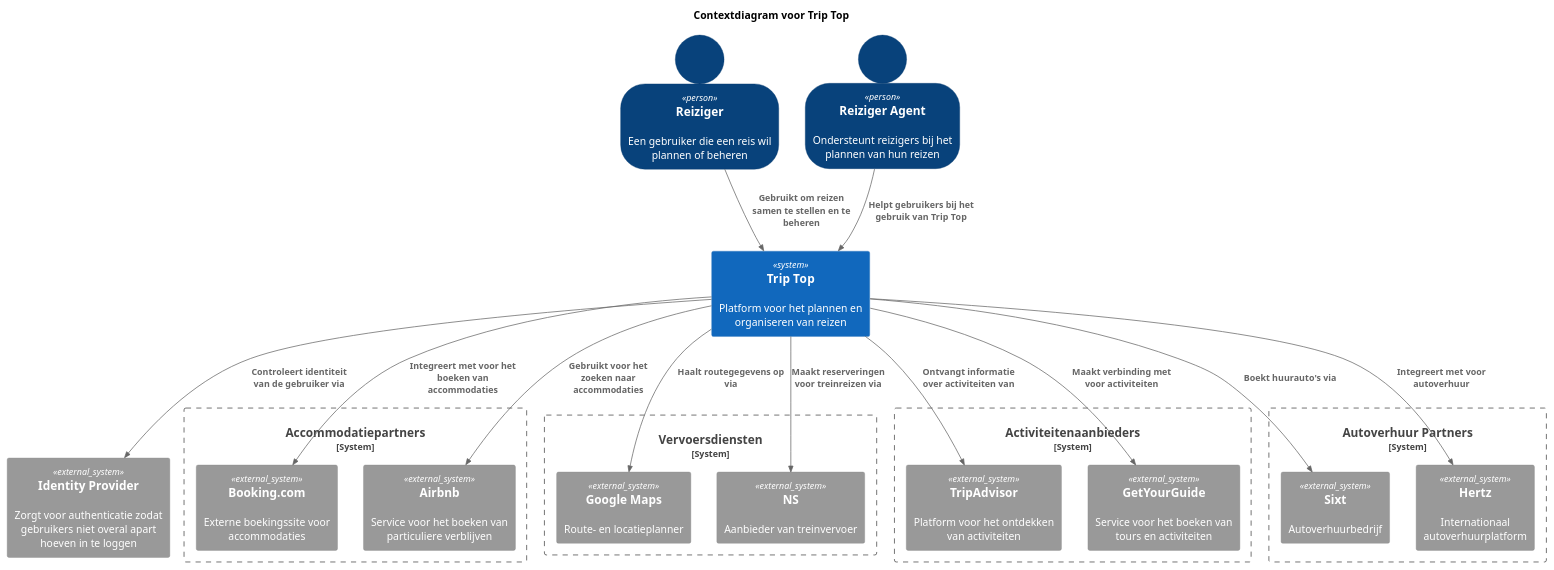
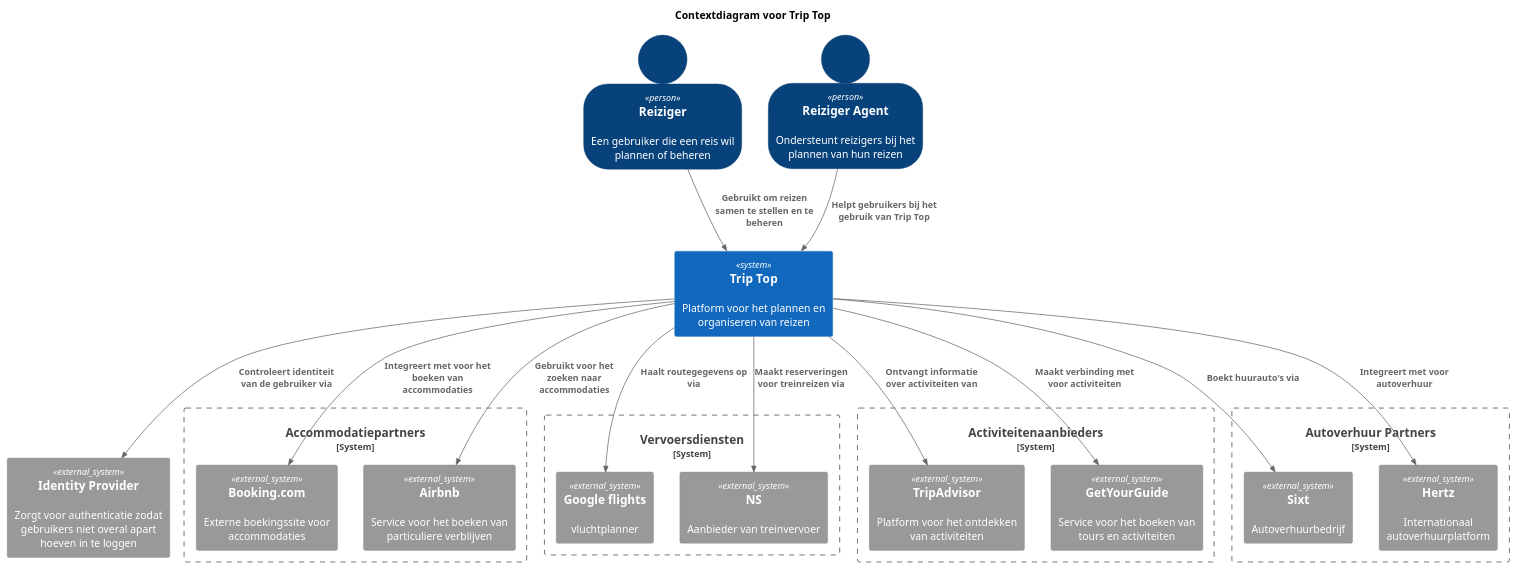
One commit to AIM-ENE-feb25/triptop-sqr-tech changed the diagram in W3/Diagrammen/ContextD/RickContextDiagram.puml. Above: the diagram before and after it, drawn with PlantUML. The commit also changed 8 other files, not shown here.

```diff
--- a/W3/Diagrammen/ContextD/RickContextDiagram.puml
+++ b/W3/Diagrammen/ContextD/RickContextDiagram.puml
@@ -1,46 +1,46 @@
 @startuml
 !include https://raw.githubusercontent.com/plantuml-stdlib/C4-PlantUML/master/C4_Context.puml
 SHOW_PERSON_OUTLINE()
 
 title Contextdiagram voor Trip Top
 
 Person(reiziger, "Reiziger", "Een gebruiker die een reis wil plannen of beheren")
 Person(reizigerA, "Reiziger Agent", "Ondersteunt reizigers bij het plannen van hun reizen")
 
 System(tts, "Trip Top", "Platform voor het plannen en organiseren van reizen")
 
 System_Boundary(accommodatie, "Accommodatiepartners") {
     System_Ext(bookingCom, "Booking.com", "Externe boekingssite voor accommodaties")
     System_Ext(airbnb, "Airbnb", "Service voor het boeken van particuliere verblijven")
 }
 
 System_Boundary(vervoer, "Vervoersdiensten") {
-    System_Ext(googleMaps, "Google Maps", "Route- en locatieplanner")
+    System_Ext(googleFlights, "Google flights", "vluchtplanner")
     System_Ext(ns, "NS", "Aanbieder van treinvervoer")
 }
 
 System_Boundary(act, "Activiteitenaanbieders") {
     System_Ext(tripAdvisor, "TripAdvisor", "Platform voor het ontdekken van activiteiten")
     System_Ext(gyg, "GetYourGuide", "Service voor het boeken van tours en activiteiten")
 }
 
 System_Boundary(autoVerhuur, "Autoverhuur Partners") {
     System_Ext(sixt, "Sixt", "Autoverhuurbedrijf")
     System_Ext(hertz, "Hertz", "Internationaal autoverhuurplatform")
 }
 
 System_Ext(ip, "Identity Provider", "Zorgt voor authenticatie zodat gebruikers niet overal apart hoeven in te loggen")
 
 Rel(reiziger, tts, "Gebruikt om reizen samen te stellen en te beheren")
 Rel(reizigerA, tts, "Helpt gebruikers bij het gebruik van Trip Top")
 Rel(tts, bookingCom, "Integreert met voor het boeken van accommodaties")
 Rel(tts, airbnb, "Gebruikt voor het zoeken naar accommodaties")
-Rel(tts, googleMaps, "Haalt routegegevens op via")
+Rel(tts, googleFlights, "Haalt routegegevens op via")
 Rel(tts, ns, "Maakt reserveringen voor treinreizen via")
 Rel(tts, ip, "Controleert identiteit van de gebruiker via")
 Rel(tts, tripAdvisor, "Ontvangt informatie over activiteiten van")
 Rel(tts, gyg, "Maakt verbinding met voor activiteiten")
 Rel(tts, sixt, "Boekt huurauto's via")
 Rel(tts, hertz, "Integreert met voor autoverhuur")
 
 @enduml
```
